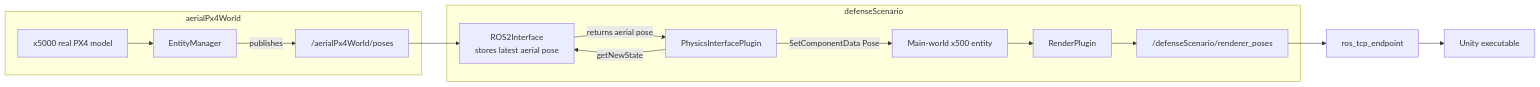
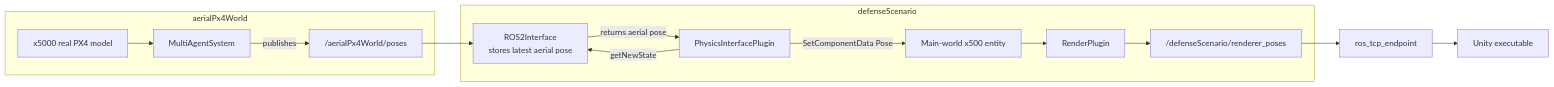
Before and after one commit to IRL-Crossing-CNRS/LOTUSim: the third of 4 diagrams in docs/PX4_Documentation/PX4_Flow_Diagram.md, drawn with Mermaid. The commit also changed other lines of this file and 3 other files, not shown here.

````diff
--- a/docs/PX4_Documentation/PX4_Flow_Diagram.md
+++ b/docs/PX4_Documentation/PX4_Flow_Diagram.md
@@ -103,20 +103,20 @@
 ```mermaid
 flowchart LR
     subgraph AerialWorld["aerialPx4World"]
-        RealX500["x5000 real PX4 model"] --> AerialEM["EntityManager"]
+        RealX500["x5000 real PX4 model"] --> AerialEM["MultiAgentSystem"]
         AerialEM -->|publishes| AerialPoses["/aerialPx4World/poses"]
     end
 
     AerialPoses --> ROS2Interface["ROS2Interface<br>stores latest aerial pose"]
 
     subgraph MainWorld["defenseScenario"]
         PhysicsPlugin["PhysicsInterfacePlugin"] -->|getNewState| ROS2Interface
         ROS2Interface -->|returns aerial pose| PhysicsPlugin
         PhysicsPlugin -->|SetComponentData Pose| MainX500["Main-world x500 entity"]
         MainX500 --> RenderPlugin["RenderPlugin"]
         RenderPlugin --> RendererPoses["/defenseScenario/renderer_poses"]
     end
 
     RendererPoses --> ROSTCP["ros_tcp_endpoint"]
     ROSTCP --> Unity["Unity executable"]
 ```
````
